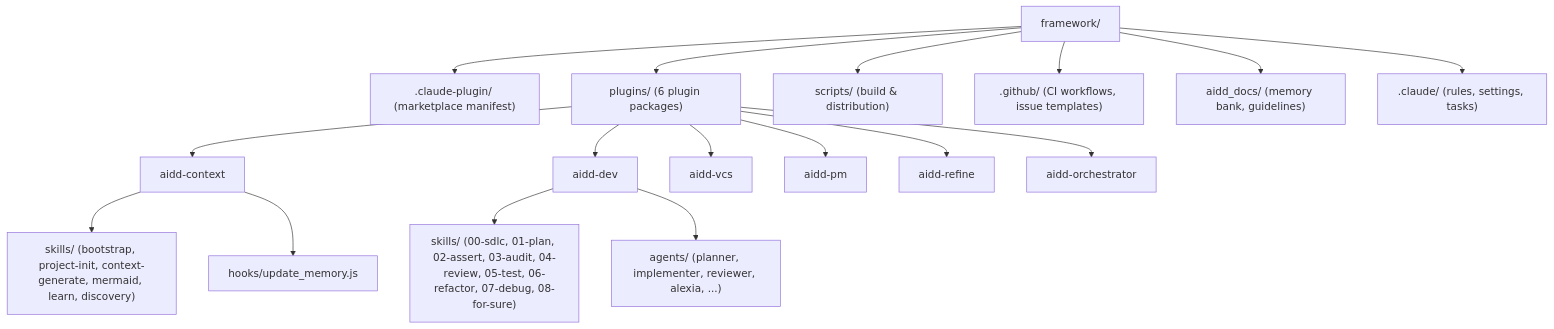
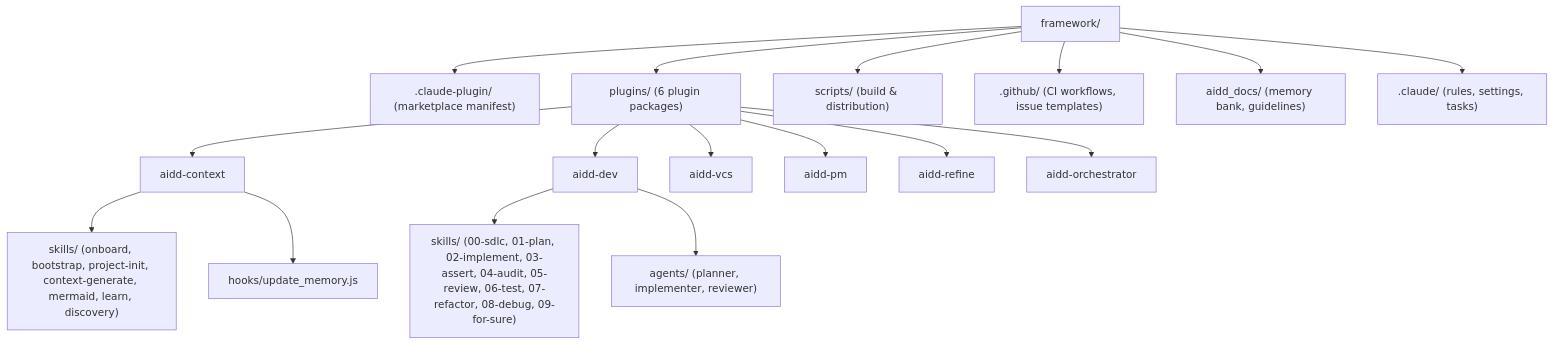
One commit to igounton/framework changed the diagram in aidd_docs/memory/codebase-map.md. Above: the diagram before and after it, drawn with Mermaid. The commit also changed 17 other files, not shown here.

````diff
--- a/aidd_docs/memory/codebase-map.md
+++ b/aidd_docs/memory/codebase-map.md
@@ -3,21 +3,21 @@
 ```mermaid
 flowchart TD
     Root["framework/"] --> ClaudePlugin[".claude-plugin/ (marketplace manifest)"]
     Root --> Plugins["plugins/ (6 plugin packages)"]
     Root --> Scripts["scripts/ (build & distribution)"]
     Root --> GH[".github/ (CI workflows, issue templates)"]
     Root --> AiddDocs["aidd_docs/ (memory bank, guidelines)"]
     Root --> DotClaude[".claude/ (rules, settings, tasks)"]
 
     Plugins --> AiddContext["aidd-context"]
     Plugins --> AiddDev["aidd-dev"]
     Plugins --> AiddVCS["aidd-vcs"]
     Plugins --> AiddPM["aidd-pm"]
     Plugins --> AiddRefine["aidd-refine"]
     Plugins --> AiddOrchestrator["aidd-orchestrator"]
 
-    AiddContext --> CtxSkills["skills/ (bootstrap, project-init, context-generate, mermaid, learn, discovery)"]
+    AiddContext --> CtxSkills["skills/ (onboard, bootstrap, project-init, context-generate, mermaid, learn, discovery)"]
     AiddContext --> CtxHooks["hooks/update_memory.js"]
-    AiddDev --> DevSkills["skills/ (00-sdlc, 01-plan, 02-assert, 03-audit, 04-review, 05-test, 06-refactor, 07-debug, 08-for-sure)"]
-    AiddDev --> DevAgents["agents/ (planner, implementer, reviewer, alexia, ...)"]
+    AiddDev --> DevSkills["skills/ (00-sdlc, 01-plan, 02-implement, 03-assert, 04-audit, 05-review, 06-test, 07-refactor, 08-debug, 09-for-sure)"]
+    AiddDev --> DevAgents["agents/ (planner, implementer, reviewer)"]
 ```
````
